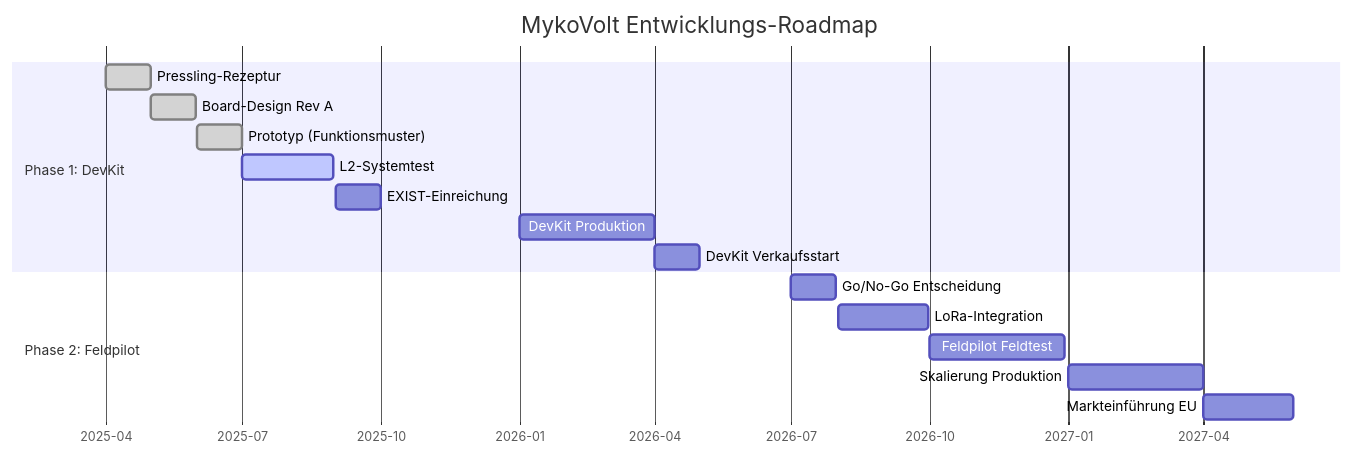
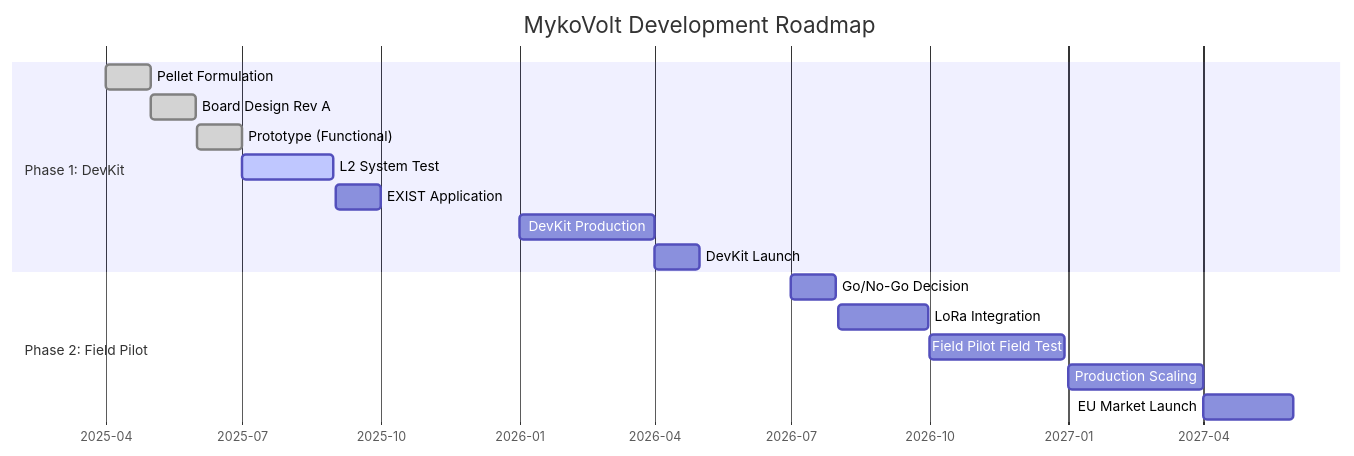
The sixth of 8 diagrams in README.md (tobias-weiss-ai-xr/mykovolt), drawn with Mermaid before and after one commit. The commit also changed other lines of this file and 1 other file, not shown here.

````diff
--- a/README.md
+++ b/README.md
@@ -233,22 +233,22 @@
 ```mermaid
 gantt
-    title MykoVolt Entwicklungs-Roadmap
+    title MykoVolt Development Roadmap
     dateFormat YYYY-MM-DD
     axisFormat %Y-%m
 
     section Phase 1: DevKit
-        Pressling-Rezeptur           :done, p1a, 2025-04-01, 30d
-        Board-Design Rev A          :done, p1b, 2025-05-01, 30d
-        Prototyp (Funktionsmuster)  :done, p1c, 2025-06-01, 30d
-        L2-Systemtest               :active, p1d, 2025-07-01, 60d
-        EXIST-Einreichung           :p1e, 2025-09-01, 30d
-        DevKit Produktion           :p1f, 2026-01-01, 90d
-        DevKit Verkaufsstart        :p1g, 2026-04-01, 30d
+        Pellet Formulation           :done, p1a, 2025-04-01, 30d
+        Board Design Rev A          :done, p1b, 2025-05-01, 30d
+        Prototype (Functional)      :done, p1c, 2025-06-01, 30d
+        L2 System Test              :active, p1d, 2025-07-01, 60d
+        EXIST Application           :p1e, 2025-09-01, 30d
+        DevKit Production           :p1f, 2026-01-01, 90d
+        DevKit Launch               :p1g, 2026-04-01, 30d
 
-    section Phase 2: Feldpilot
-        Go/No-Go Entscheidung       :p2a, 2026-07-01, 30d
-        LoRa-Integration            :p2b, 2026-08-01, 60d
-        Feldpilot Feldtest          :p2c, 2026-10-01, 90d
-        Skalierung Produktion       :p2d, 2027-01-01, 90d
-        Markteinführung EU          :p2e, 2027-04-01, 60d
+    section Phase 2: Field Pilot
+        Go/No-Go Decision           :p2a, 2026-07-01, 30d
+        LoRa Integration            :p2b, 2026-08-01, 60d
+        Field Pilot Field Test      :p2c, 2026-10-01, 90d
+        Production Scaling          :p2d, 2027-01-01, 90d
+        EU Market Launch            :p2e, 2027-04-01, 60d
 ```
````
